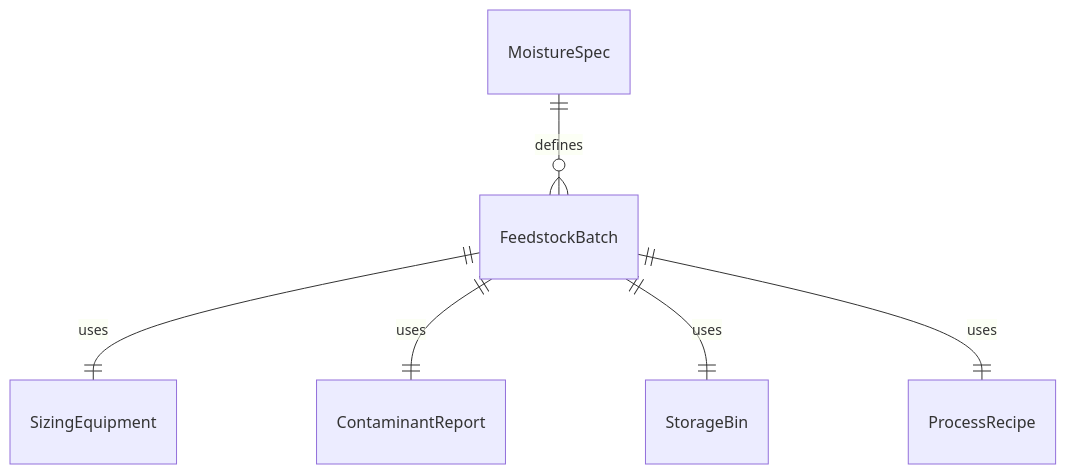
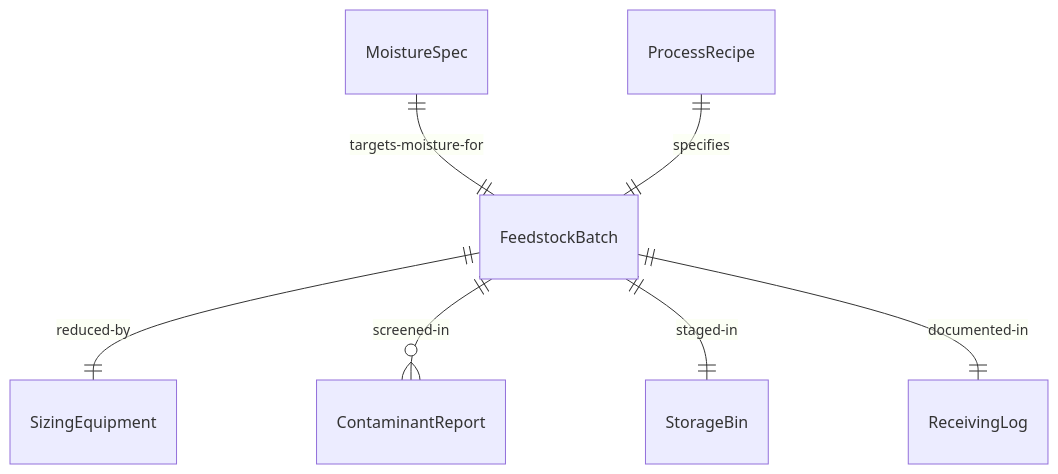
One commit to dot-org-ai/tasks.org.ai changed the first of 4 diagrams in HandlingAndMovingObjects/PrepareIndustrialMaterialsForProcessingOrUse/PrepareBiologicalFeedstockPhysicalChemical.mdx. Above: the diagram before and after it, drawn with Mermaid. The commit also changed other lines of this file and 515 other files, not shown here.

````diff
--- a/HandlingAndMovingObjects/PrepareIndustrialMaterialsForProcessingOrUse/PrepareBiologicalFeedstockPhysicalChemical.mdx
+++ b/HandlingAndMovingObjects/PrepareIndustrialMaterialsForProcessingOrUse/PrepareBiologicalFeedstockPhysicalChemical.mdx
@@ -88,8 +88,9 @@
 ```mermaid
 erDiagram
-    FeedstockBatch ||--|| SizingEquipment : "uses"
-    MoistureSpec ||--o{ FeedstockBatch : "defines"
-    FeedstockBatch ||--|| ContaminantReport : "uses"
-    FeedstockBatch ||--|| StorageBin : "uses"
-    FeedstockBatch ||--|| ProcessRecipe : "uses"
+    FeedstockBatch ||--|| SizingEquipment : "reduced-by"
+    MoistureSpec ||--|| FeedstockBatch : "targets-moisture-for"
+    FeedstockBatch ||--o{ ContaminantReport : "screened-in"
+    FeedstockBatch ||--|| StorageBin : "staged-in"
+    ProcessRecipe ||--|| FeedstockBatch : "specifies"
+    FeedstockBatch ||--|| ReceivingLog : "documented-in"
 ```
````
